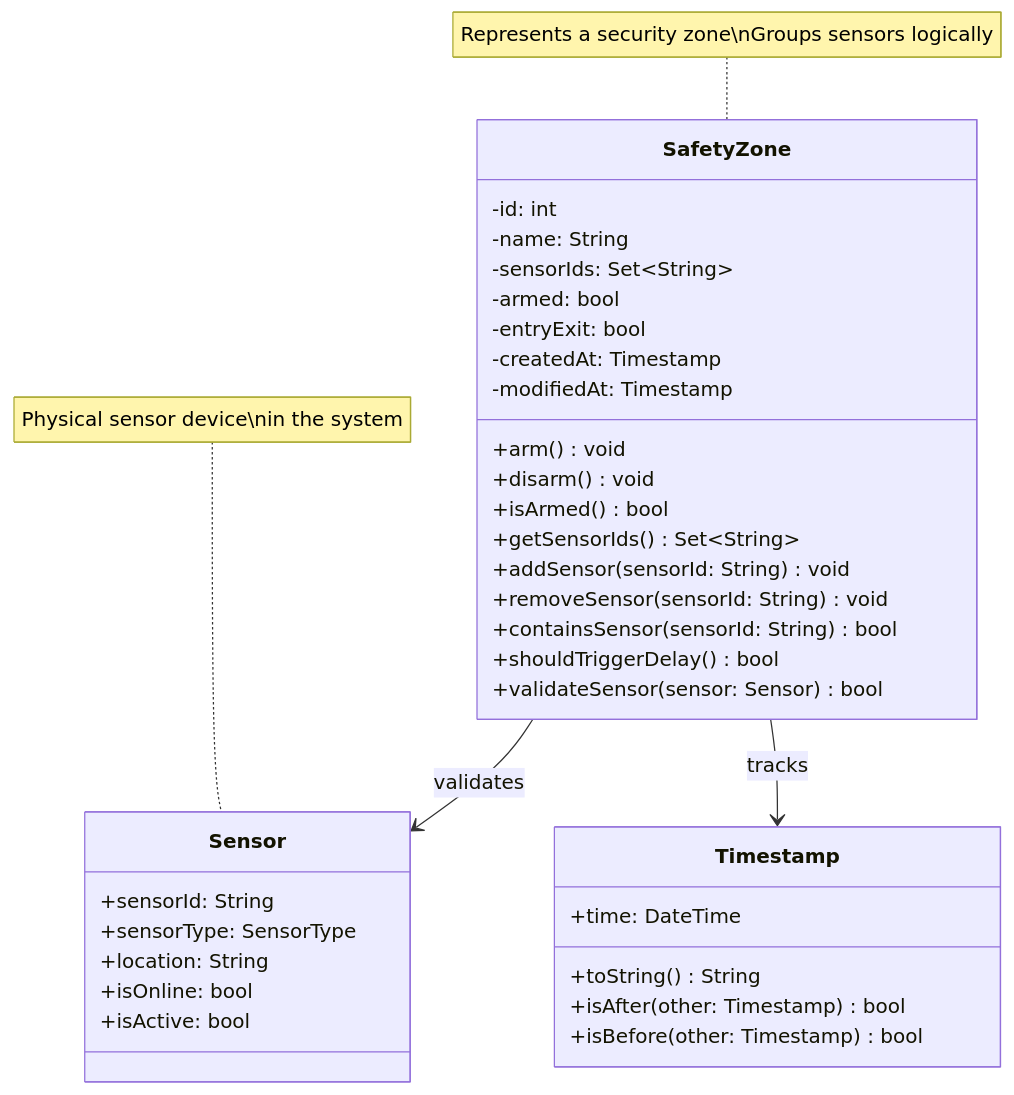
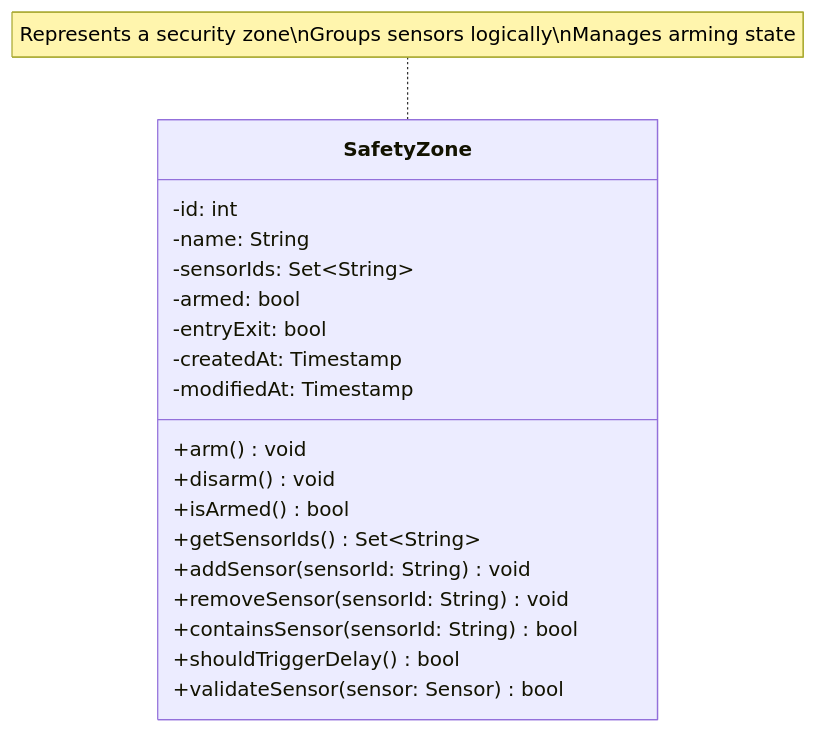
The third of 18 diagrams in diagrams/business_class_diagram.md (mj010101/swe_25f), drawn with Mermaid before and after one commit. The commit also changed other lines of this file, not shown here.

Commit message:
fix: business class diagram

````diff
--- a/diagrams/business_class_diagram.md
+++ b/diagrams/business_class_diagram.md
@@ -183,44 +141,25 @@
 ```mermaid
 classDiagram
     direction TB
 
     class SafetyZone {
         -id: int
         -name: String
         -sensorIds: Set~String~
         -armed: bool
         -entryExit: bool
         -createdAt: Timestamp
         -modifiedAt: Timestamp
         +arm() void
         +disarm() void
         +isArmed() bool
         +getSensorIds() Set~String~
         +addSensor(sensorId: String) void
         +removeSensor(sensorId: String) void
         +containsSensor(sensorId: String) bool
         +shouldTriggerDelay() bool
         +validateSensor(sensor: Sensor) bool
     }
 
-    class Sensor {
-        +sensorId: String
-        +sensorType: SensorType
-        +location: String
-        +isOnline: bool
-        +isActive: bool
-    }
-
-    class Timestamp {
-        +time: DateTime
-        +toString() String
-        +isAfter(other: Timestamp) bool
-        +isBefore(other: Timestamp) bool
-    }
-
-    SafetyZone --> Sensor : validates
-    SafetyZone --> Timestamp : tracks
-
-    note for SafetyZone "Represents a security zone\nGroups sensors logically"
-    note for Sensor "Physical sensor device\nin the system"
+    note for SafetyZone "Represents a security zone\nGroups sensors logically\nManages arming state"
 ```
````
